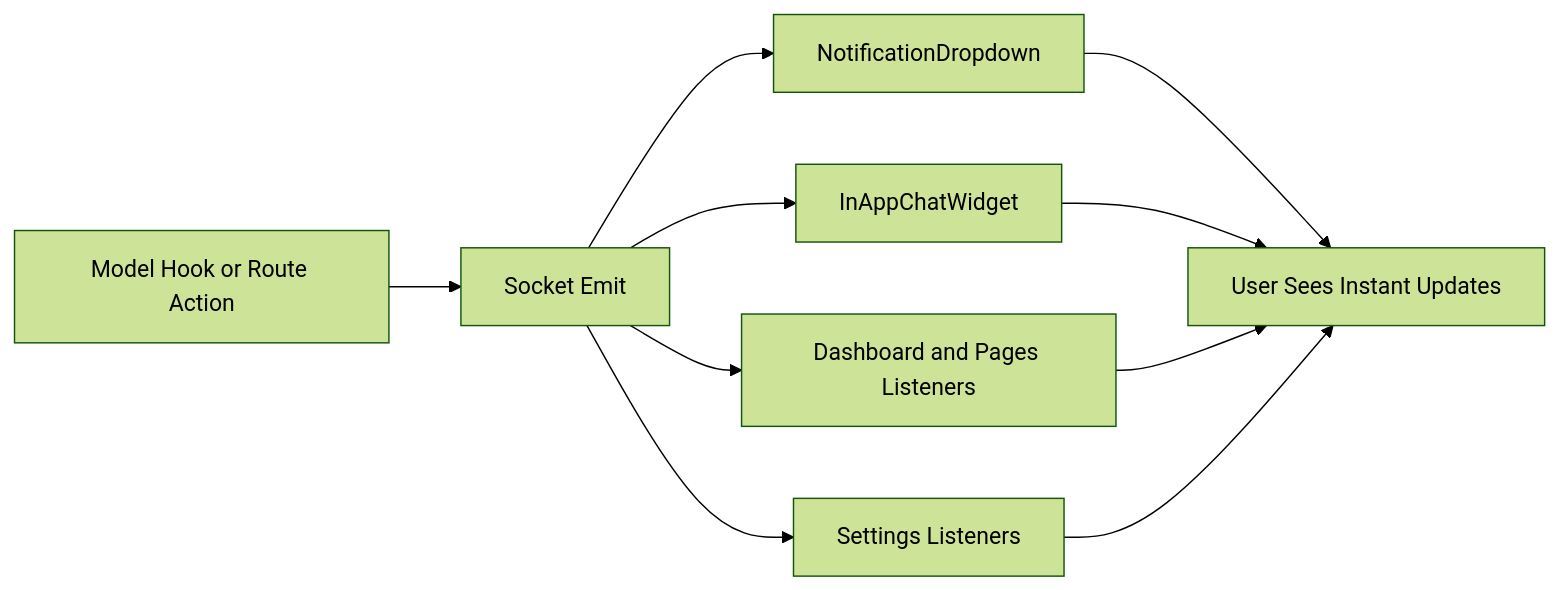
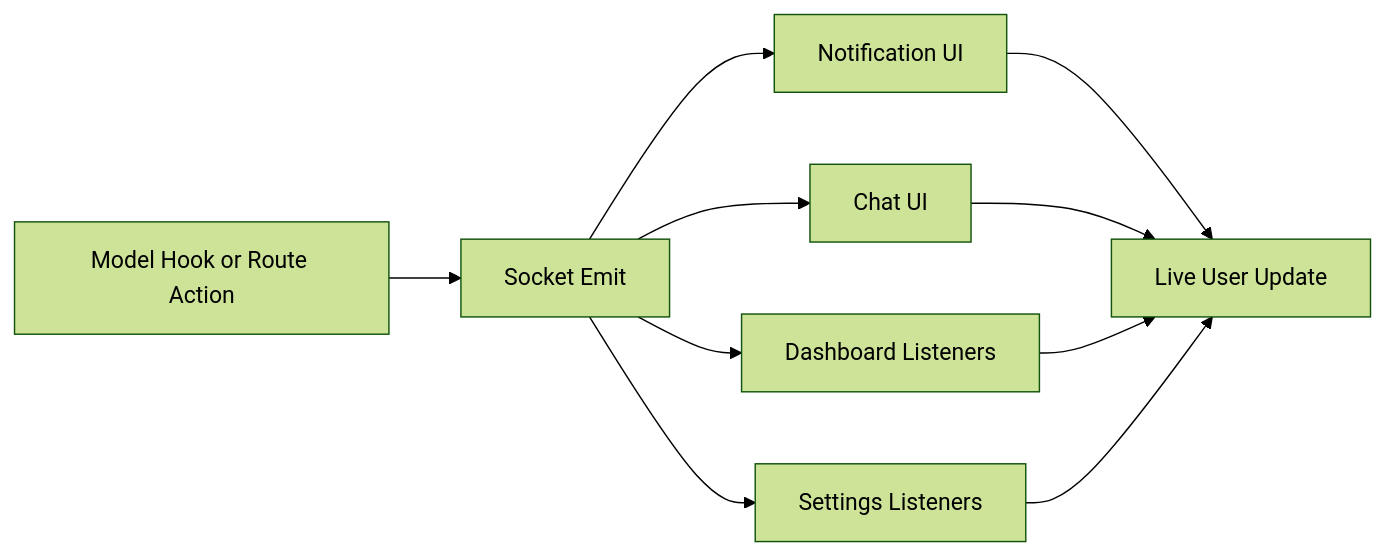
Before and after one commit to gobinath-sketch/system001: the fifth of 6 diagrams in README.md, drawn with Mermaid (forest theme). The commit also changed other lines of this file, not shown here.

````diff
--- a/README.md
+++ b/README.md
@@ -141,12 +132,12 @@
 ```mermaid
-graph LR;
-  M["Model Hook or Route Action"] --> S["Socket Emit"];
-  S --> R1["NotificationDropdown"];
-  S --> R2["InAppChatWidget"];
-  S --> R3["Dashboard and Pages Listeners"];
-  S --> R4["Settings Listeners"];
-  R1 --> U["User Sees Instant Updates"];
-  R2 --> U;
-  R3 --> U;
-  R4 --> U;
+flowchart LR
+  SRC[Model Hook or Route Action] --> EMIT[Socket Emit]
+  EMIT --> N1[Notification UI]
+  EMIT --> N2[Chat UI]
+  EMIT --> N3[Dashboard Listeners]
+  EMIT --> N4[Settings Listeners]
+  N1 --> UX[Live User Update]
+  N2 --> UX
+  N3 --> UX
+  N4 --> UX
 ```
````
